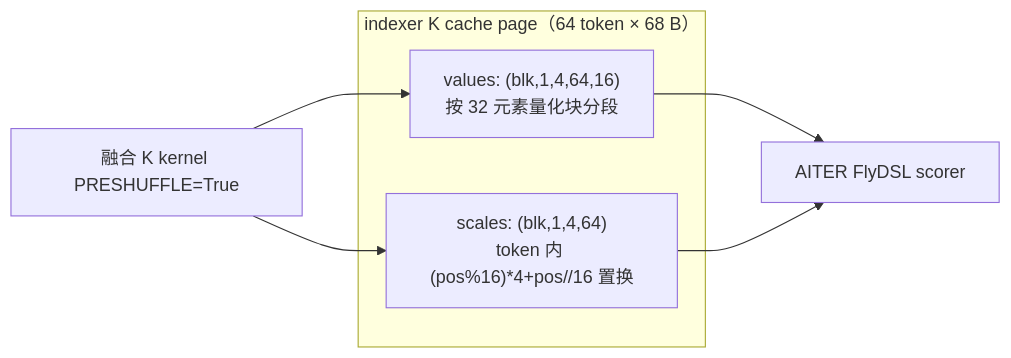
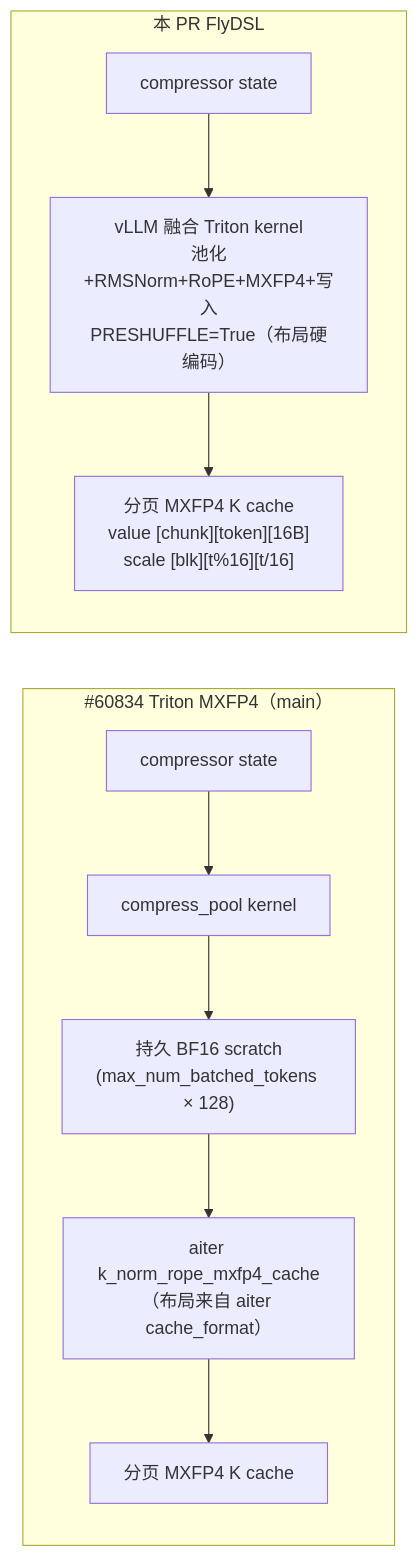
Before and after one commit to shen-shanshan/vllm-dev-skills: the second of 3 diagrams in skills/vllm-rocm-pr-review/outputs/pr-56834-review.md, drawn with Mermaid. The commit also changed other lines of this file and 3 other files, not shown here.

````diff
--- a/skills/vllm-rocm-pr-review/outputs/pr-56834-review.md
+++ b/skills/vllm-rocm-pr-review/outputs/pr-56834-review.md
@@ -68,11 +65,13 @@
 ```mermaid
 graph LR
-    subgraph cache["indexer K cache page（64 token × 68 B）"]
-      V["values: (blk,1,4,64,16)<br/>按 32 元素量化块分段"]
-      S["scales: (blk,1,4,64)<br/>token 内 (pos%16)*4+pos//16 置换"]
+    subgraph "#60834 Triton MXFP4（main）"
+        S1["compressor state"] --> P1["compress_pool kernel"]
+        P1 --> BF["持久 BF16 scratch<br/>(max_num_batched_tokens × 128)"]
+        BF --> K1["aiter k_norm_rope_mxfp4_cache<br/>（布局来自 aiter cache_format）"]
+        K1 --> C1["分页 MXFP4 K cache"]
     end
-    Kfused[融合 K kernel PRESHUFFLE=True] --> V
-    Kfused --> S
-    V --> Scorer[AITER FlyDSL scorer]
-    S --> Scorer
+    subgraph "本 PR FlyDSL"
+        S2["compressor state"] --> K2["vLLM 融合 Triton kernel<br/>池化+RMSNorm+RoPE+MXFP4+写入<br/>PRESHUFFLE=True（布局硬编码）"]
+        K2 --> C2["分页 MXFP4 K cache<br/>value [chunk][token][16B]<br/>scale [blk][t%16][t/16]"]
+    end
 ```
````
